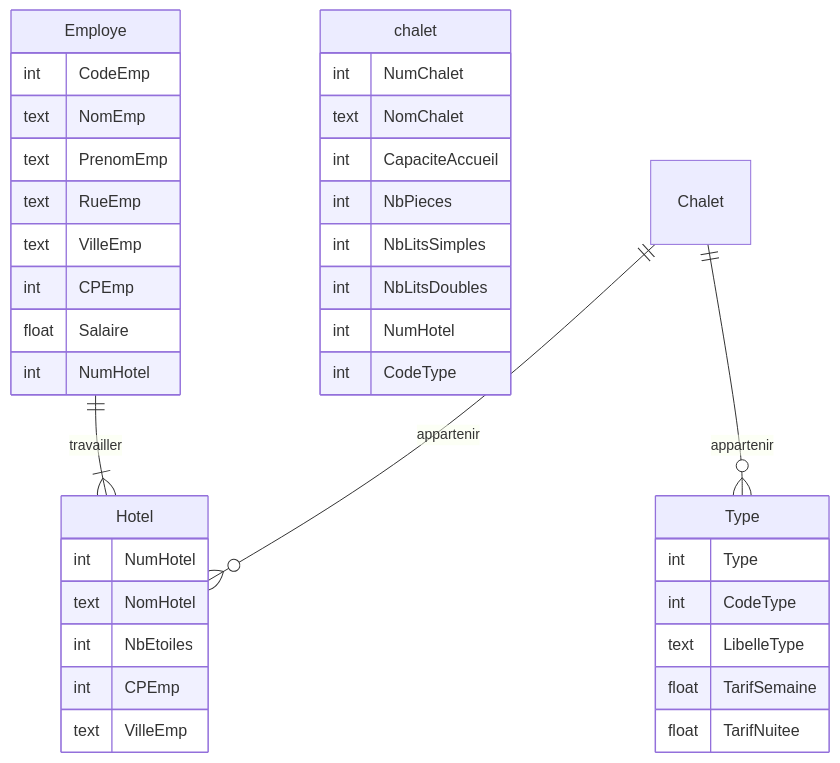
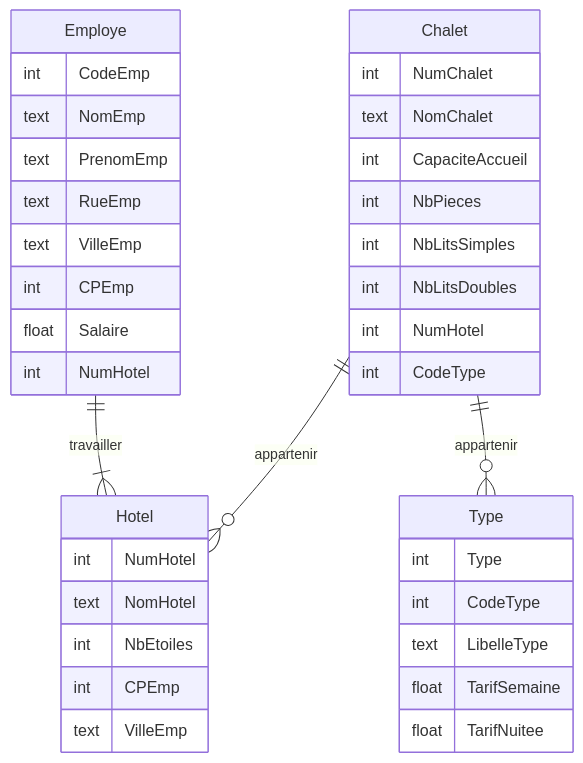
Before and after one commit to fxpar/SQLpratique: the diagram in db/exercices/chalets/README.md, drawn with Mermaid.

````diff
--- a/db/exercices/chalets/README.md
+++ b/db/exercices/chalets/README.md
@@ -2,40 +2,40 @@
 ```mermaid
 erDiagram
     Chalet ||--o{ Hotel : appartenir
 	Chalet ||--o{ Type : appartenir
-    chalet {
+    Chalet {
 			int NumChalet
 			text NomChalet
 			int CapaciteAccueil
 			int NbPieces
 			int NbLitsSimples
 			int NbLitsDoubles
 			int NumHotel
 			int CodeType
     }
     Employe ||--|{ Hotel : travailler
     Employe {
 			int CodeEmp
 			text NomEmp
 			text PrenomEmp
 			text RueEmp
 			text VilleEmp
 			int CPEmp
 			float Salaire
 			int NumHotel
     }
     Hotel {
 			int NumHotel
 			text NomHotel
 			int NbEtoiles
 			int CPEmp
 			text VilleEmp
     }
 	Type {
 			int Type
 			int CodeType
 			text LibelleType
 			float TarifSemaine
 			float TarifNuitee
     }
 ```
````
